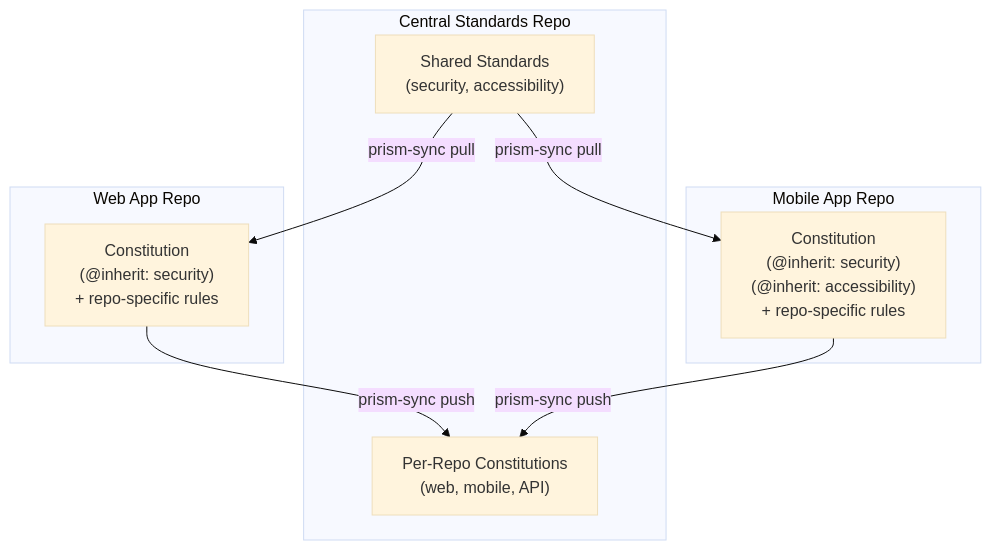
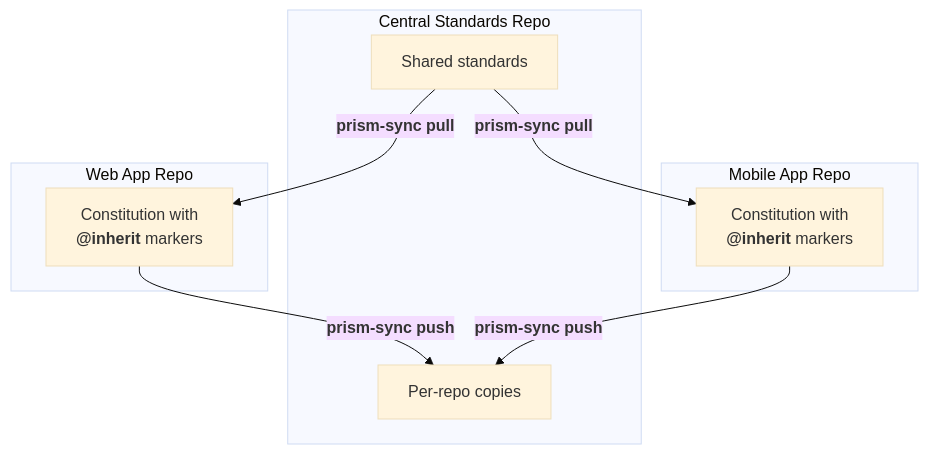
The fourth of 4 diagrams in prism-plugin/docs/multi-team-workflow.md (araserel/sigil-os), drawn with Mermaid (base theme) before and after one commit. The commit also changed other lines of this file and 1 other file, not shown here.

First line of the commit message:
docs: Fix diagram rendering and update product person workflow

````diff
--- a/prism-plugin/docs/multi-team-workflow.md
+++ b/prism-plugin/docs/multi-team-workflow.md
@@ -153,20 +162,22 @@
 ```mermaid
 flowchart TD
     subgraph Central["Central Standards Repo"]
-        SHARED["Shared Standards\n(security, accessibility)"]
-        REPO_COPIES["Per-Repo Constitutions\n(web, mobile, API)"]
+        SHARED["Shared standards"]
+        REPO_COPIES["Per-repo copies"]
     end
 
     subgraph Web["Web App Repo"]
-        C_WEB["Constitution\n(@inherit: security)\n+ repo-specific rules"]
+        C_WEB["`Constitution with
+        **@inherit** markers`"]
     end
 
     subgraph Mobile["Mobile App Repo"]
-        C_MOB["Constitution\n(@inherit: security)\n(@inherit: accessibility)\n+ repo-specific rules"]
+        C_MOB["`Constitution with
+        **@inherit** markers`"]
     end
 
-    SHARED -->|"prism-sync pull"| C_WEB
-    SHARED -->|"prism-sync pull"| C_MOB
-    C_WEB -->|"prism-sync push"| REPO_COPIES
-    C_MOB -->|"prism-sync push"| REPO_COPIES
+    SHARED -->|"`**prism-sync pull**`"| C_WEB
+    SHARED -->|"`**prism-sync pull**`"| C_MOB
+    C_WEB -->|"`**prism-sync push**`"| REPO_COPIES
+    C_MOB -->|"`**prism-sync push**`"| REPO_COPIES
 ```
````
